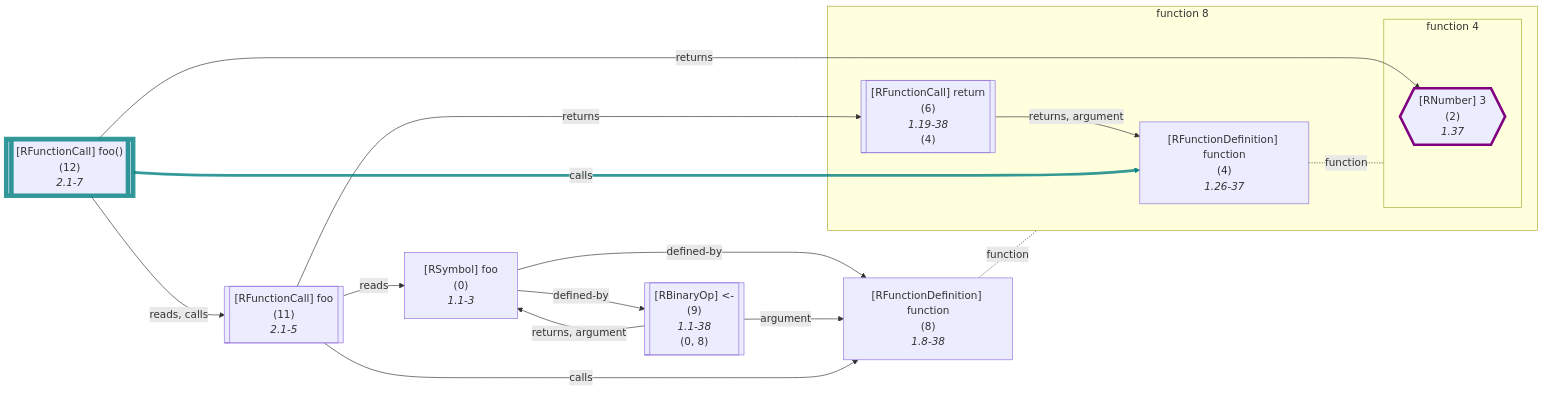
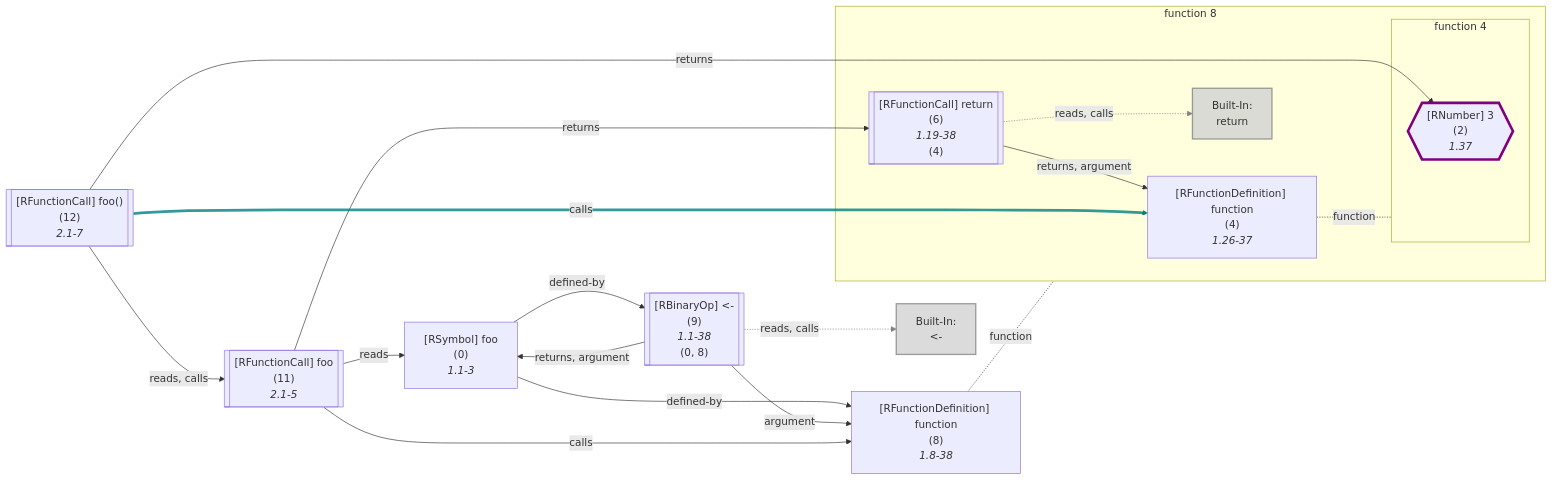
Diagram 16 of 51 in wiki/Dataflow Graph.md (flowr-analysis/flowr), drawn with Mermaid before and after one commit. The commit also changed other lines of this file and 339 other files, not shown here.

````diff
--- a/wiki/Dataflow Graph.md
+++ b/wiki/Dataflow Graph.md
@@ -2296,65 +2477,74 @@
 ```mermaid
 flowchart LR
     8["`#91;RFunctionDefinition#93; function
       (8)
       *1.8-38*`"]
 
 subgraph "flow-8" [function 8]
     %% Environment of 4 [level: 1]:
     %% Built-in
     %% 282----------------------------------------
     %% 283----------------------------------------
     4["`#91;RFunctionDefinition#93; function
       (4)
       *1.26-37*`"]
 
 subgraph "flow-4" [function 4]
     2{{"`#91;RNumber#93; 3
       (2)
       *1.37*`"}}
     style 2 stroke:purple,stroke-width:4px; 
 end
     6[["`#91;RFunctionCall#93; return
       (6)
       *1.19-38*
     (4)`"]]
+    built-in:return["`Built-In:
+return`"]
+    style built-in:return stroke:gray,fill:lightgray,stroke-width:2px,opacity:.8;
 end
     0["`#91;RSymbol#93; foo
       (0)
       *1.1-3*`"]
     9[["`#91;RBinaryOp#93; #60;#45;
       (9)
       *1.1-38*
     (0, 8)`"]]
+    built-in:_-["`Built-In:
+#60;#45;`"]
+    style built-in:_- stroke:gray,fill:lightgray,stroke-width:2px,opacity:.8;
     %% Environment of 11 [level: 0]:
     %% Built-in
     %% 302----------------------------------------
     %%   foo: {**foo** (id: 0, type: Function, def. @9)}
     11[["`#91;RFunctionCall#93; foo
       (11)
       *2.1-5*`"]]
     %% Environment of 12 [level: 0]:
     %% Built-in
     %% 303----------------------------------------
     %%   foo: {**foo** (id: 0, type: Function, def. @9)}
     12[["`#91;RFunctionCall#93; foo()
       (12)
       *2.1-7*`"]]
-    style 12 stroke:teal,stroke-width:7px,stroke-opacity:.8; 
 4 -.-|function| flow-4
 
     6 -->|"returns, argument"| 4
+    6 -.->|"reads, calls"| built-in:return
+    linkStyle 2 stroke:gray;
 8 -.-|function| flow-8
 
     0 -->|"defined-by"| 8
     0 -->|"defined-by"| 9
     9 -->|"argument"| 8
     9 -->|"returns, argument"| 0
+    9 -.->|"reads, calls"| built-in:_-
+    linkStyle 8 stroke:gray;
     11 -->|"reads"| 0
     11 -->|"returns"| 6
     11 -->|"calls"| 8
     12 -->|"reads, calls"| 11
     12 -->|"returns"| 2
     12 -->|"calls"| 4
-    linkStyle 12 stroke:teal,stroke-width:4.2px,stroke-opacity:.8
+    linkStyle 14 stroke:teal,stroke-width:4.2px,stroke-opacity:.8
 ```
````
